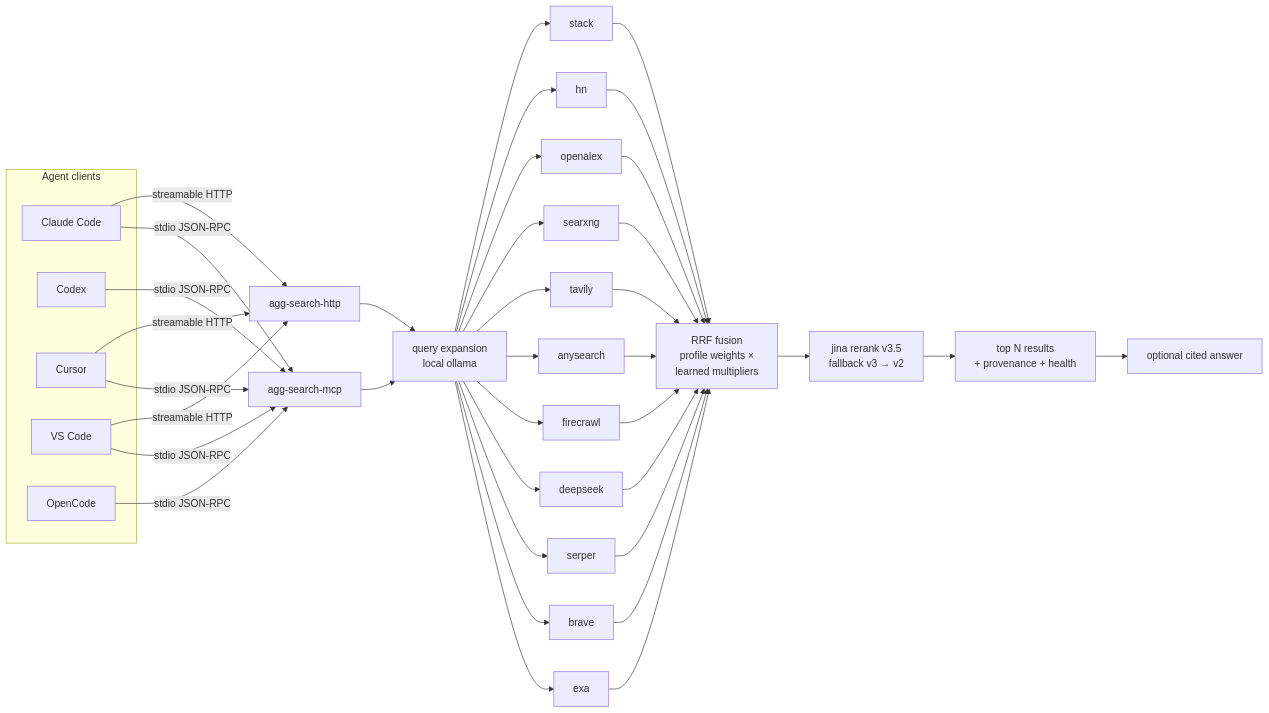
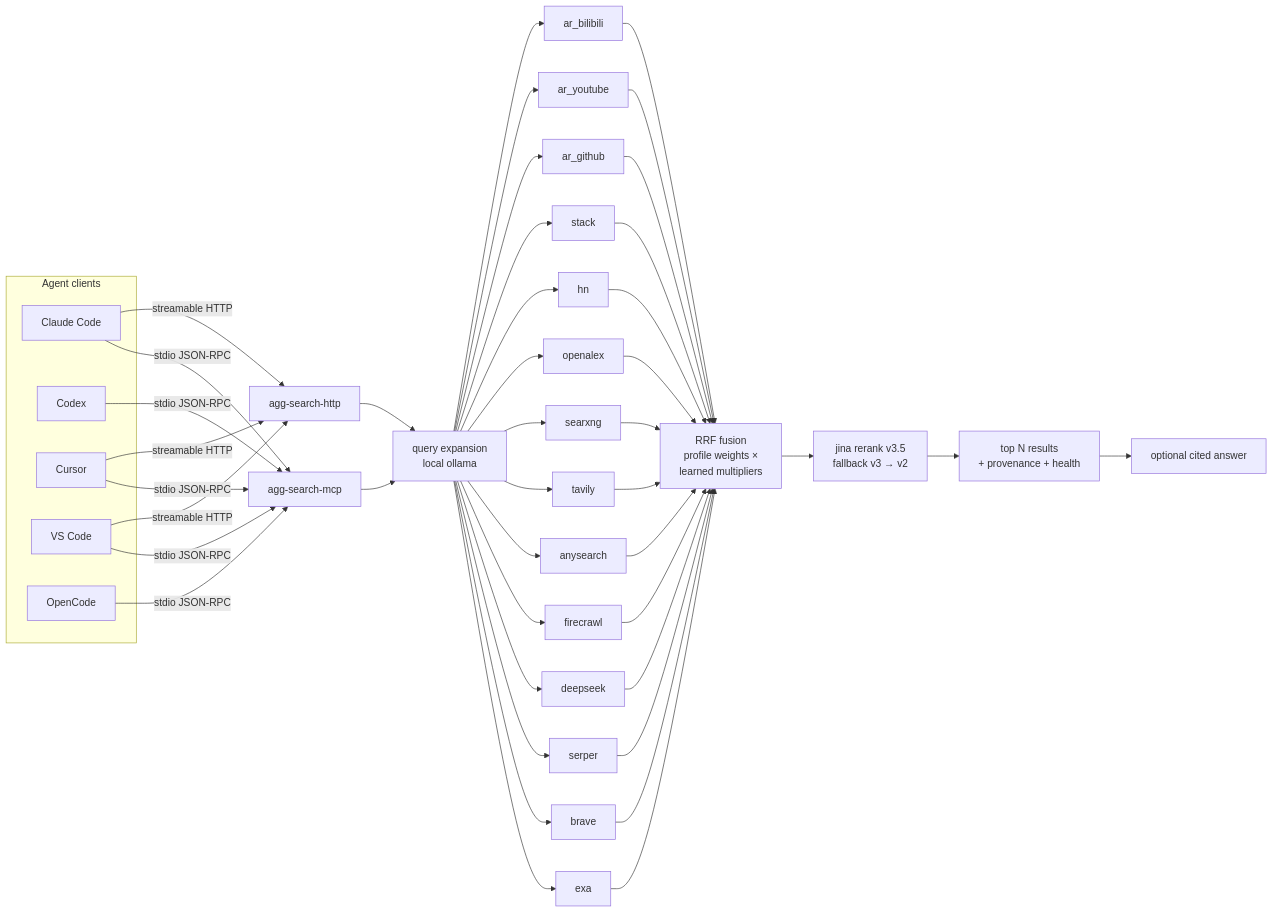
One commit to TsukimioRinka/agg-search changed the diagram in README.md. Above: the diagram before and after it, drawn with Mermaid. The commit also changed other lines of this file and 20 other files, not shown here.

````diff
--- a/README.md
+++ b/README.md
@@ -31,29 +31,32 @@
 ```mermaid
 flowchart LR
   subgraph clients[Agent clients]
     CC[Claude Code]
     CX[Codex]
     CU[Cursor]
     VS[VS Code]
     OC[OpenCode]
   end
   CC & CX & CU & VS & OC -->|stdio JSON-RPC| M[agg-search-mcp]
   CC & CU & VS -->|streamable HTTP| H[agg-search-http]
   M --> Q
   H --> Q[query expansion<br/>local ollama]
   Q --> A[exa]
   Q --> B[brave]
   Q --> C[serper]
   Q --> D[deepseek]
   Q --> E[firecrawl]
   Q --> F[anysearch]
   Q --> G[tavily]
   Q --> Hh[searxng]
   Q --> OA[openalex]
   Q --> HN[hn]
   Q --> ST[stack]
-  A & B & C & D & E & F & G & Hh & OA & HN & ST --> R[RRF fusion<br/>profile weights ×<br/>learned multipliers]
+  Q --> AG[ar_github]
+  Q --> AY[ar_youtube]
+  Q --> AB[ar_bilibili]
+  A & B & C & D & E & F & G & Hh & OA & HN & ST & AG & AY & AB --> R[RRF fusion<br/>profile weights ×<br/>learned multipliers]
   R --> J[jina rerank v3.5<br/>fallback v3 → v2]
   J --> O[top N results<br/>+ provenance + health]
   O --> AN[optional cited answer]
 ```
````
